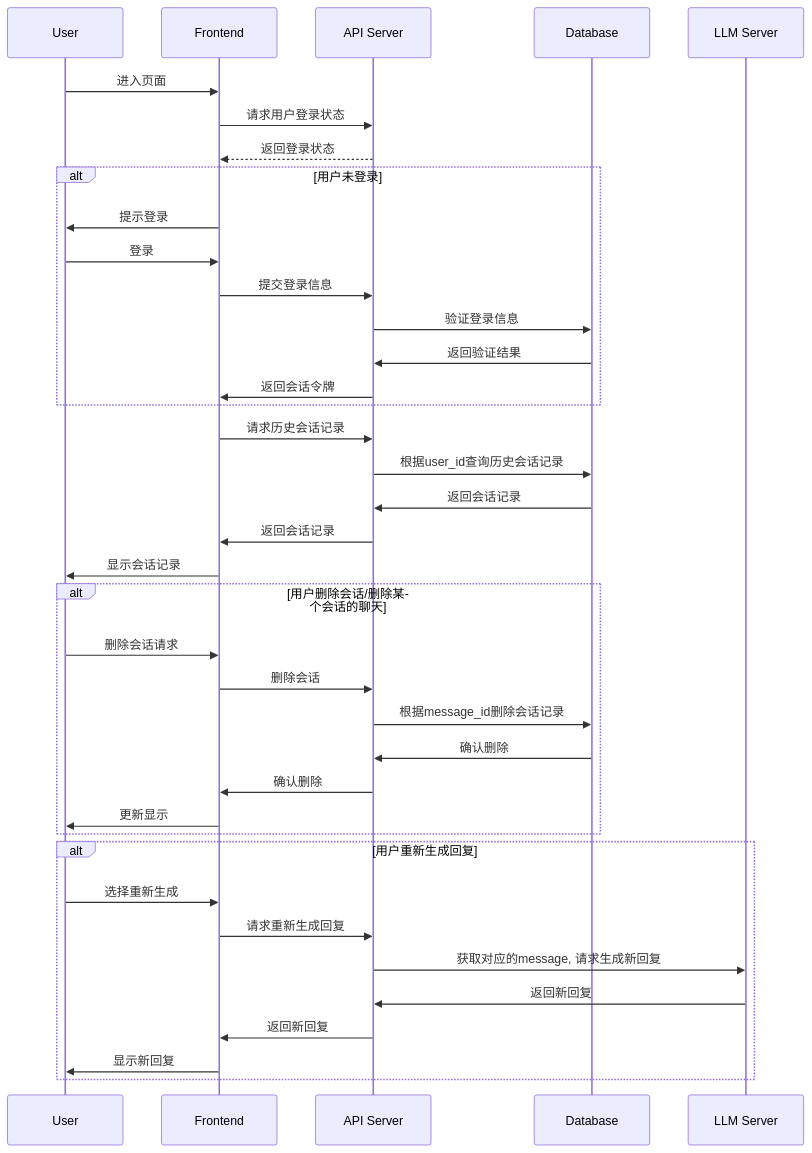
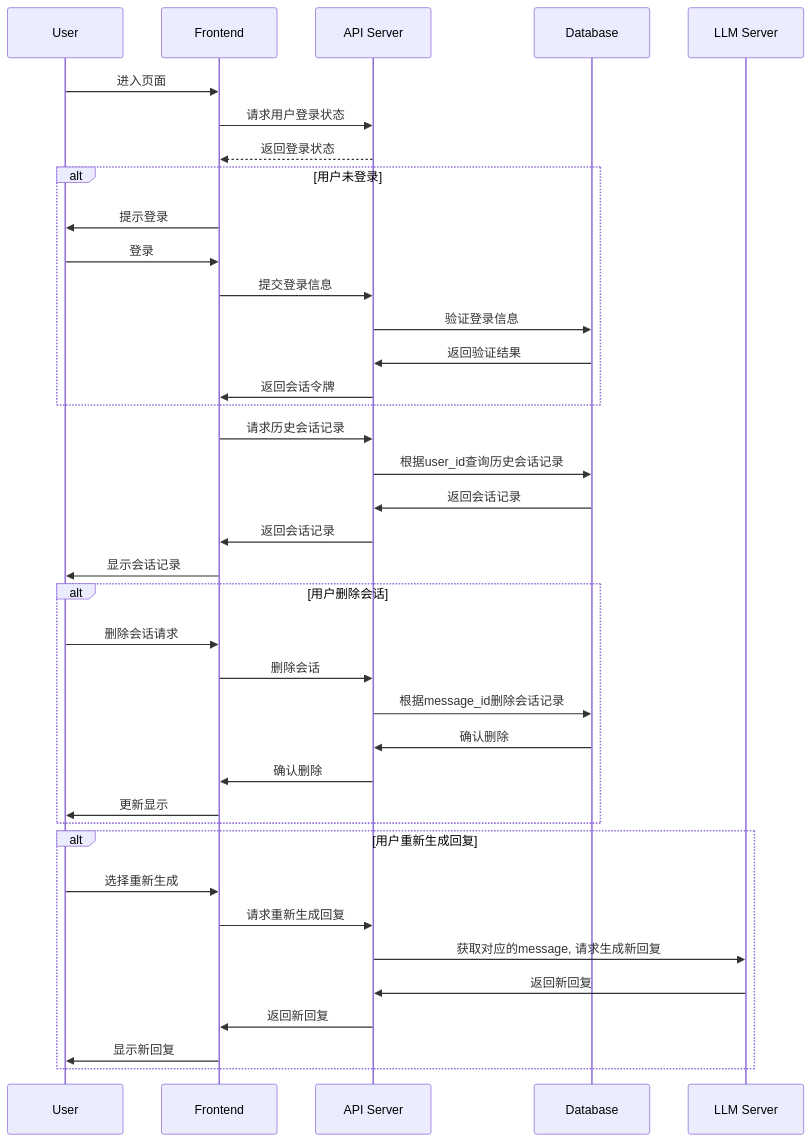
The diagram in all/未命名-7.md (yingjianzh/iodraw-files), drawn with Mermaid before and after one commit.

Commit message:
2024-10-09 09:45:54 update

````diff
--- a/all/未命名-7.md
+++ b/all/未命名-7.md
@@ -1,45 +1,45 @@
 ```mermaid
 sequenceDiagram
     participant User
     participant Frontend
     participant API Server
     participant Database
 
 
     User->>Frontend: 进入页面
     Frontend->>API Server: 请求用户登录状态
     API Server-->>Frontend: 返回登录状态
     alt 用户未登录
         Frontend->>User: 提示登录
         User->>Frontend: 登录
         Frontend->>API Server: 提交登录信息
         API Server->>Database: 验证登录信息
         Database->>API Server: 返回验证结果
         API Server->>Frontend: 返回会话令牌
     end
 
     Frontend->>API Server: 请求历史会话记录
     API Server->>Database: 根据user_id查询历史会话记录
     Database->>API Server: 返回会话记录
     API Server->>Frontend: 返回会话记录
     Frontend->>User: 显示会话记录
 
-    alt 用户删除会话/删除某个会话的聊天
+    alt 用户删除会话
         User->>Frontend: 删除会话请求
         Frontend->>API Server: 删除会话
         API Server->>Database: 根据message_id删除会话记录
         Database->>API Server: 确认删除
         API Server->>Frontend: 确认删除
         Frontend->>User: 更新显示
     end
 
     alt 用户重新生成回复
         User->>Frontend: 选择重新生成
         Frontend->>API Server: 请求重新生成回复
         API Server->>LLM Server: 获取对应的message, 请求生成新回复
         LLM Server->>API Server: 返回新回复
         API Server->>Frontend: 返回新回复
         Frontend->>User: 显示新回复
     end
 
 ```
````
